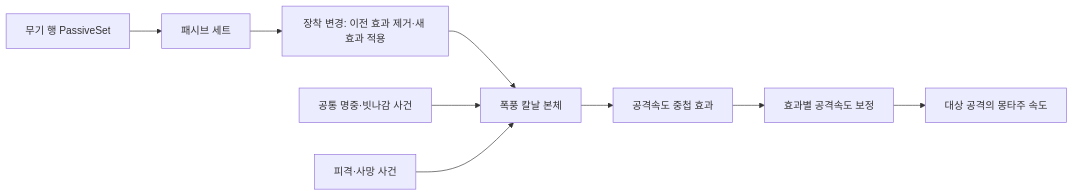
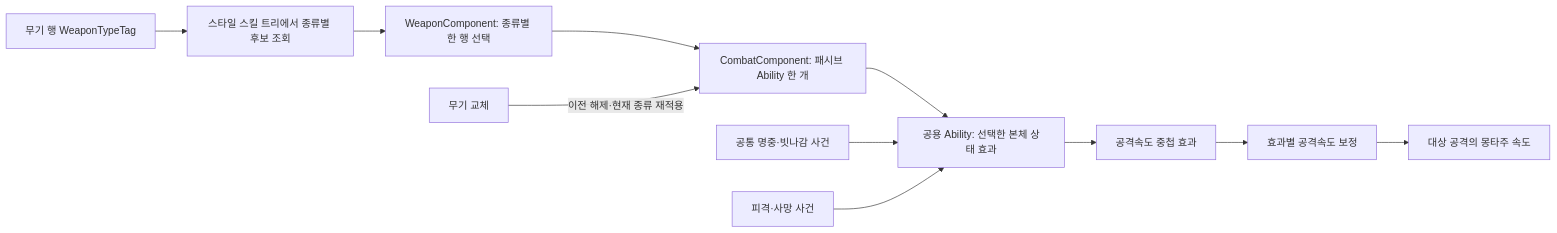
Before and after one commit to DreamersStudio3/Maverick: the first of 8 diagrams in docs/wiki/Features/Combat/Weapon-Passives/document.md, drawn with Mermaid. The commit also changed other lines of this file, not shown here.

First line of the commit message:
문서 수정: 무기 패시브 단일 선택 계약 반영

````diff
--- a/docs/wiki/Features/Combat/Weapon-Passives/document.md
+++ b/docs/wiki/Features/Combat/Weapon-Passives/document.md
@@ -26,11 +29,13 @@
 ```mermaid
 flowchart LR
-    WeaponRow["무기 행 PassiveSet"] --> PassiveSet["패시브 세트"]
-    PassiveSet --> Equip["장착 변경: 이전 효과 제거·새 효과 적용"]
-    Equip --> Body["폭풍 칼날 본체"]
-    Combat["공통 명중·빗나감 사건"] --> Body
+    WeaponRow["무기 행 WeaponTypeTag"] --> Filter["스타일 스킬 트리에서 종류별 후보 조회"]
+    Filter --> Select["WeaponComponent: 종류별 한 행 선택"]
+    Select --> Combat["CombatComponent: 패시브 Ability 한 개"]
+    Combat --> Body["공용 Ability: 선택한 본체 상태 효과"]
+    Swap["무기 교체"] -->|"이전 해제·현재 종류 재적용"| Combat
+    Hit["공통 명중·빗나감 사건"] --> Body
     Damaged["피격·사망 사건"] --> Body
     Body --> Speed["공격속도 중첩 효과"]
     Speed --> Stat["효과별 공격속도 보정"]
     Stat --> Action["대상 공격의 몽타주 속도"]
 ```
````
